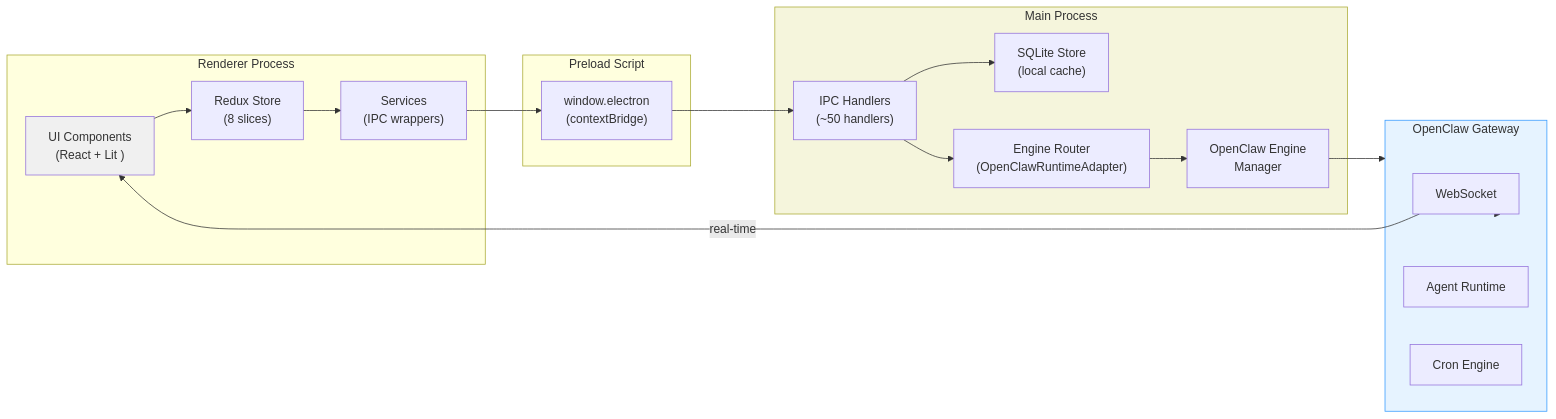
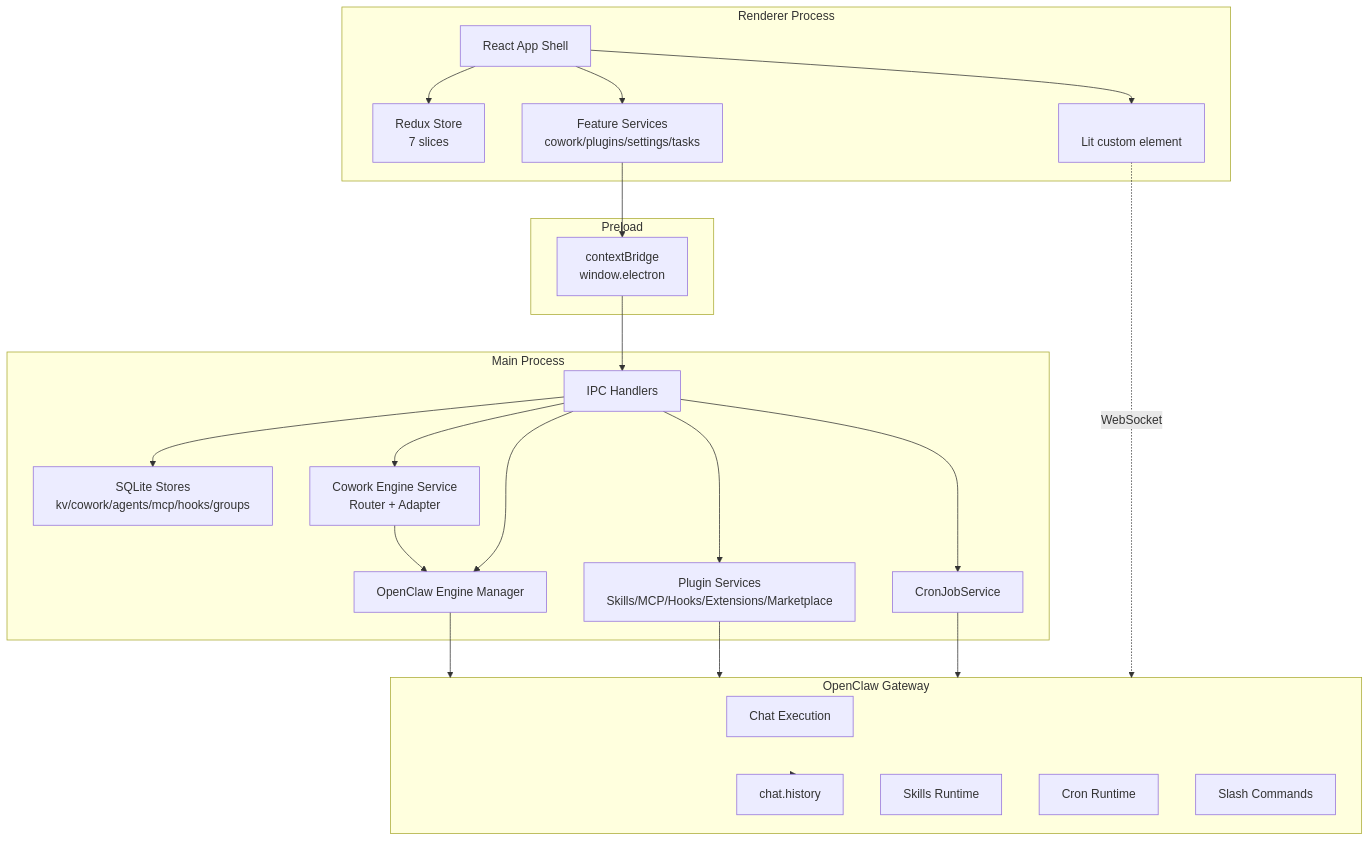
One commit to liangxhao/JustDo changed the first of 4 diagrams in docs/architecture/02-architecture.md. Above: the diagram before and after it, drawn with Mermaid. The commit also changed other lines of this file and 21 other files, not shown here.

````diff
--- a/docs/architecture/02-architecture.md
+++ b/docs/architecture/02-architecture.md
@@ -96,34 +7,47 @@
 ```mermaid
-flowchart LR
-  subgraph Renderer["Renderer Process"]
-    UI["UI Components<br/>(React + Lit <justdo-chat>)"]
-    Redux["Redux Store<br/>(8 slices)"]
-    Service["Services<br/>(IPC wrappers)"]
+flowchart TB
+  subgraph R["Renderer Process"]
+    App["React App Shell"]
+    Store["Redux Store\n7 slices"]
+    Chat["<justdo-chat>\nLit custom element"]
+    Features["Feature Services\ncowork/plugins/settings/tasks"]
   end
 
-  subgraph Preload["Preload Script"]
-    API["window.electron<br/>(contextBridge)"]
+  subgraph P["Preload"]
+    Bridge["contextBridge\nwindow.electron"]
   end
 
-  subgraph Main["Main Process"]
-    IPC["IPC Handlers<br/>(~50 handlers)"]
-    Store["SQLite Store<br/>(local cache)"]
-    Router["Engine Router<br/>(OpenClawRuntimeAdapter)"]
-    Manager["OpenClaw Engine<br/>Manager"]
+  subgraph M["Main Process"]
+    IPC["IPC Handlers"]
+    SQLite["SQLite Stores\nkv/cowork/agents/mcp/hooks/groups"]
+    Engine["Cowork Engine Service\nRouter + Adapter"]
+    Runtime["OpenClaw Engine Manager"]
+    Plugins["Plugin Services\nSkills/MCP/Hooks/Extensions/Marketplace"]
+    Scheduler["CronJobService"]
   end
 
-  subgraph Gateway["OpenClaw Gateway"]
-    WS["WebSocket"]
-    Agent["Agent Runtime"]
-    Cron["Cron Engine"]
+  subgraph G["OpenClaw Gateway"]
+    Exec["Chat Execution"]
+    History["chat.history"]
+    SkillRuntime["Skills Runtime"]
+    Cron["Cron Runtime"]
+    Slash["Slash Commands"]
   end
 
-  UI --> Redux --> Service --> API --> IPC
-  IPC --> Store
-  IPC --> Router --> Manager --> Gateway
-  Gateway --> WS -->|real-time| UI
-
-  style Gateway fill:#e6f3ff,stroke:#3399ff
-  style UI fill:#f0f0f0
-  style Main fill:#f5f5dc
+  App --> Store
+  App --> Features
+  App --> Chat
+  Features --> Bridge
+  Bridge --> IPC
+  IPC --> SQLite
+  IPC --> Engine
+  IPC --> Runtime
+  IPC --> Plugins
+  IPC --> Scheduler
+  Engine --> Runtime
+  Runtime --> G
+  Chat -. "WebSocket" .-> G
+  Scheduler --> G
+  Plugins --> G
+  G --> History
 ```
````
